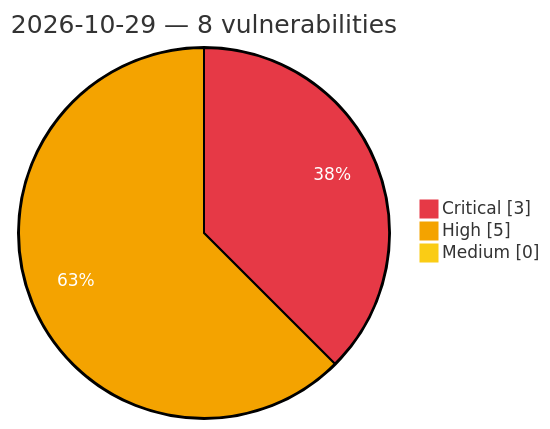
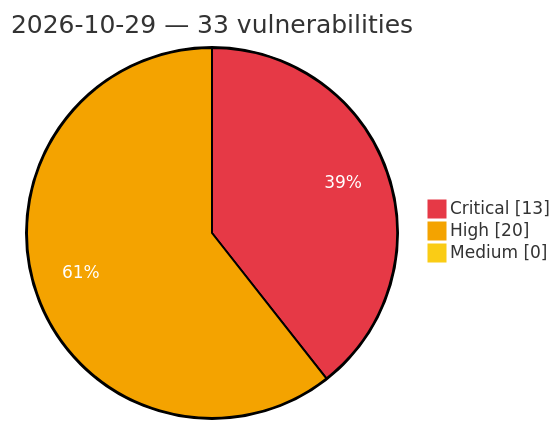
Before and after one commit to GhostX0X/vuln-tracker: the diagram in vulnerabilities/2026/October/2026-10-29.md, drawn with Mermaid. The commit also changed other lines of this file and 5 other files, not shown here.

Commit message:
Auto update: critical/high vulns (2026-10-29 16:18 UTC)

````diff
--- a/vulnerabilities/2026/October/2026-10-29.md
+++ b/vulnerabilities/2026/October/2026-10-29.md
@@ -3,8 +3,8 @@
 ```mermaid
 %%{init: {'theme':'base', 'themeVariables': {'pie1':'#e63946', 'pie2':'#f4a300', 'pie3':'#facc15', 'pieOpacity':'1', 'pieOuterStrokeWidth':'2px', 'pieSectionTextColor':'#ffffff'}}}%%
 pie showData
-    title 2026-10-29 — 8 vulnerabilities
-    "Critical" : 3
-    "High" : 5
+    title 2026-10-29 — 33 vulnerabilities
+    "Critical" : 13
+    "High" : 20
     "Medium" : 0
 ```
````
